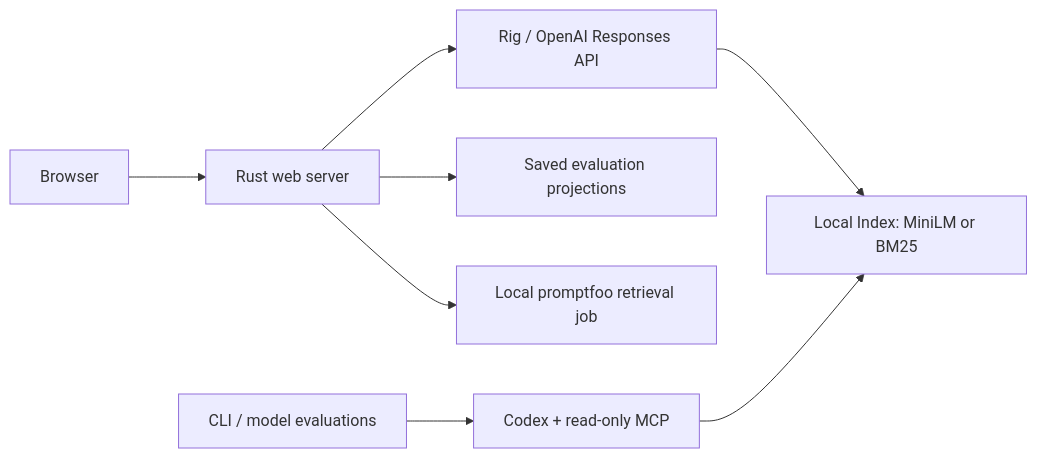
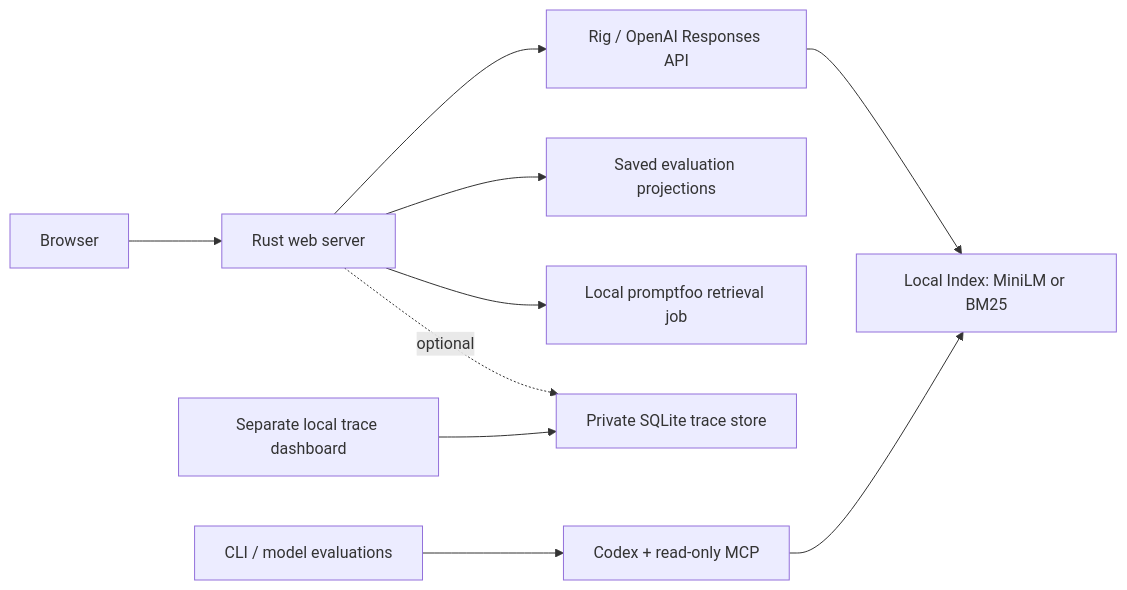
Before and after one commit to Daanvdplas/coa-assistent: the diagram in docs/CODEBASE_GUIDE.md, drawn with Mermaid. The commit also changed other lines of this file and 19 other files, not shown here.

Commit message:
Add durable anonymous traces and separate local dashboard

````diff
--- a/docs/CODEBASE_GUIDE.md
+++ b/docs/CODEBASE_GUIDE.md
@@ -9,10 +9,12 @@
 ```mermaid
 flowchart LR
     Browser --> Web["Rust web server"]
     Web --> Rig["Rig / OpenAI Responses API"]
     Rig --> Search["Local Index: MiniLM or BM25"]
     Web --> Results["Saved evaluation projections"]
     Web --> LocalJob["Local promptfoo retrieval job"]
+    Web -. "optional" .-> Traces["Private SQLite trace store"]
+    Dashboard["Separate local trace dashboard"] --> Traces
     CLI["CLI / model evaluations"] --> Codex["Codex + read-only MCP"]
     Codex --> Search
 ```
````
